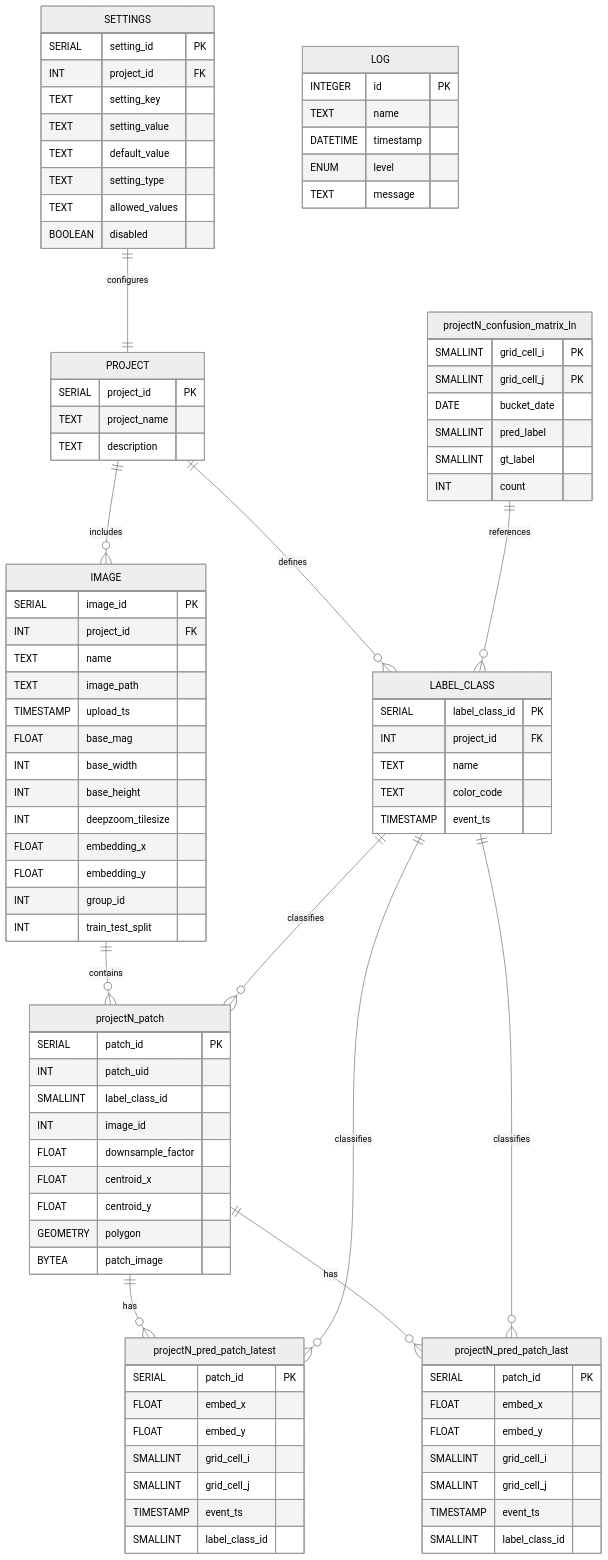
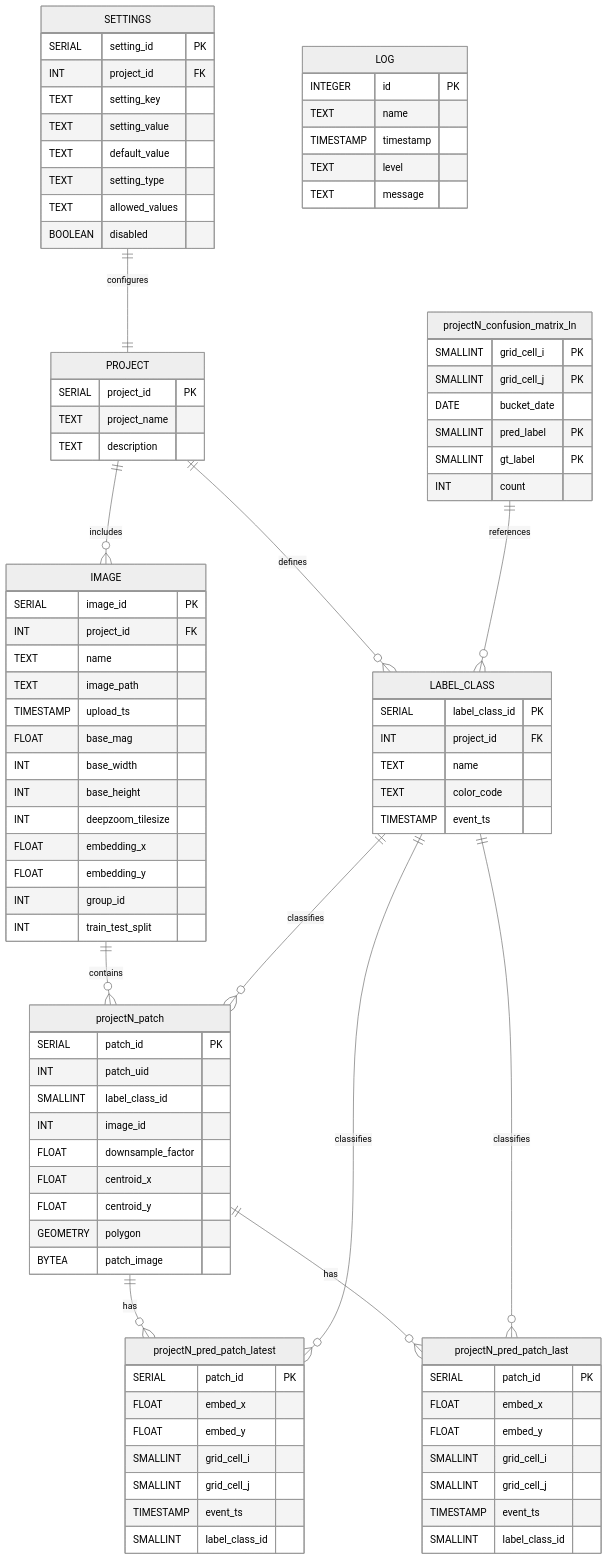
Before and after one commit to choosehappy/PatchSorter: the diagram in docs/source/design_material_draft2/db_technical_design.md, drawn with Mermaid (neutral theme). The commit also changed other lines of this file and 1 other file, not shown here.

Commit message:
Update design documentation to reflect current distributed db schema and ray train loop desing

```diff
--- a/docs/source/design_material_draft2/db_technical_design.md
+++ b/docs/source/design_material_draft2/db_technical_design.md
@@ -303,15 +382,15 @@
         SMALLINT grid_cell_i PK
         SMALLINT grid_cell_j PK
         DATE bucket_date
-        SMALLINT pred_label
-        SMALLINT gt_label
+        SMALLINT pred_label PK
+        SMALLINT gt_label PK
         INT count
     }
     LOG {
         INTEGER id PK
         TEXT name
-        DATETIME timestamp
-        ENUM level
+        TIMESTAMP timestamp
+        TEXT level
         TEXT message
     }
 
```
